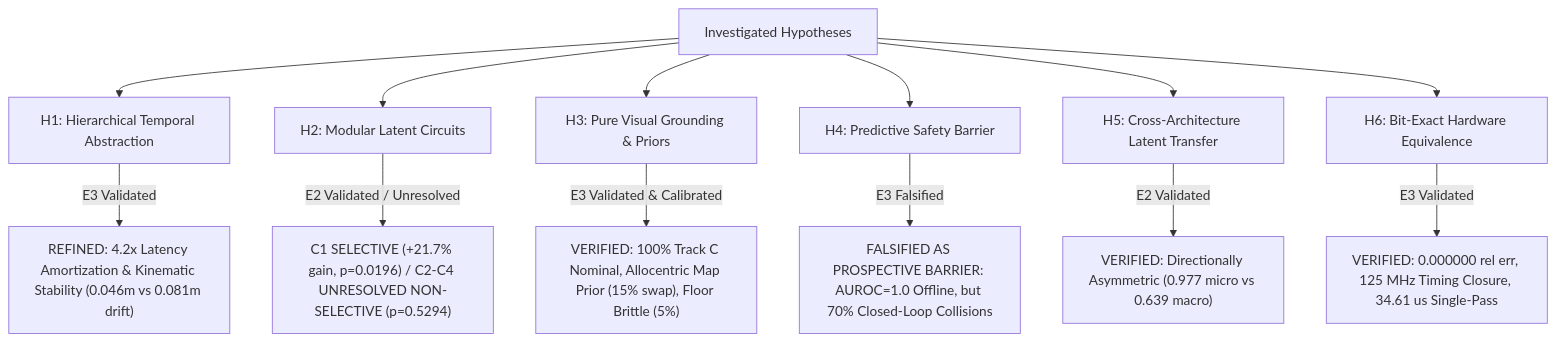
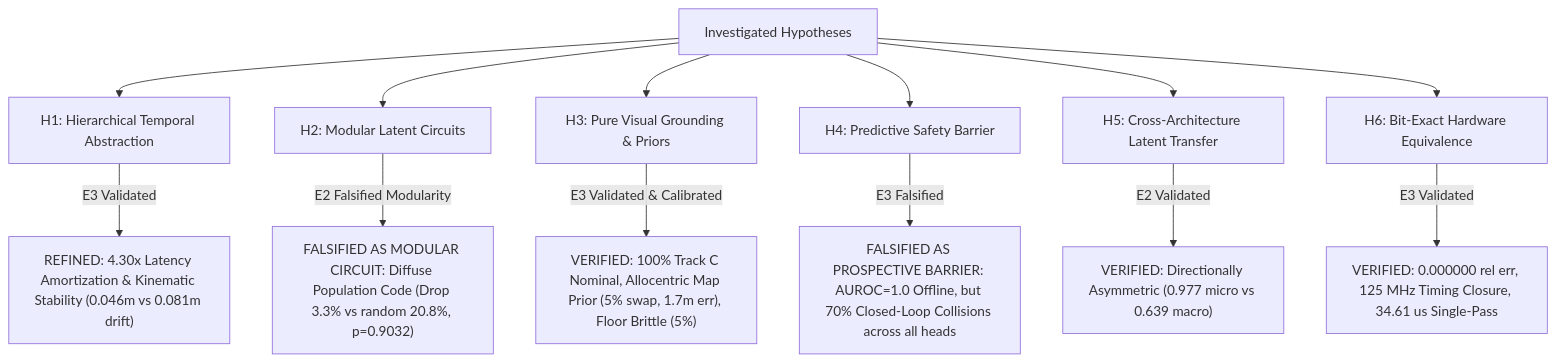
One commit to BrianHadianSTEI23/project-haphaestus changed the diagram in research/reports/claims_ledger.md. Above: the diagram before and after it, drawn with Mermaid. The commit also changed other lines of this file and 29 other files, not shown here.

````diff
--- a/research/reports/claims_ledger.md
+++ b/research/reports/claims_ledger.md
@@ -130,16 +132,16 @@
 ```mermaid
 flowchart TD
     A["Investigated Hypotheses"] --> H1["H1: Hierarchical Temporal Abstraction"]
     A --> H2["H2: Modular Latent Circuits"]
     A --> H3["H3: Pure Visual Grounding & Priors"]
     A --> H4["H4: Predictive Safety Barrier"]
     A --> H5["H5: Cross-Architecture Latent Transfer"]
     A --> H6["H6: Bit-Exact Hardware Equivalence"]
 
-    H1 -->|E3 Validated| V1["REFINED: 4.2x Latency Amortization & Kinematic Stability (0.046m vs 0.081m drift)"]
-    H2 -->|E2 Validated / Unresolved| R2["C1 SELECTIVE (+21.7% gain, p=0.0196) / C2-C4 UNRESOLVED NON-SELECTIVE (p=0.5294)"]
-    H3 -->|E3 Validated & Calibrated| V3["VERIFIED: 100% Track C Nominal, Allocentric Map Prior (15% swap), Floor Brittle (5%)"]
-    H4 -->|E3 Falsified| R4["FALSIFIED AS PROSPECTIVE BARRIER: AUROC=1.0 Offline, but 70% Closed-Loop Collisions"]
+    H1 -->|E3 Validated| V1["REFINED: 4.30x Latency Amortization & Kinematic Stability (0.046m vs 0.081m drift)"]
+    H2 -->|E2 Falsified Modularity| R2["FALSIFIED AS MODULAR CIRCUIT: Diffuse Population Code (Drop 3.3% vs random 20.8%, p=0.9032)"]
+    H3 -->|E3 Validated & Calibrated| V3["VERIFIED: 100% Track C Nominal, Allocentric Map Prior (5% swap, 1.7m err), Floor Brittle (5%)"]
+    H4 -->|E3 Falsified| R4["FALSIFIED AS PROSPECTIVE BARRIER: AUROC=1.0 Offline, but 70% Closed-Loop Collisions across all heads"]
     H5 -->|E2 Validated| V5["VERIFIED: Directionally Asymmetric (0.977 micro vs 0.639 macro)"]
     H6 -->|E3 Validated| V6["VERIFIED: 0.000000 rel err, 125 MHz Timing Closure, 34.61 us Single-Pass"]
 ```
````
